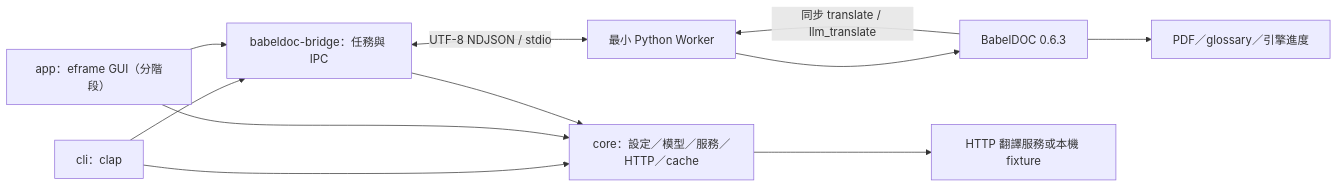
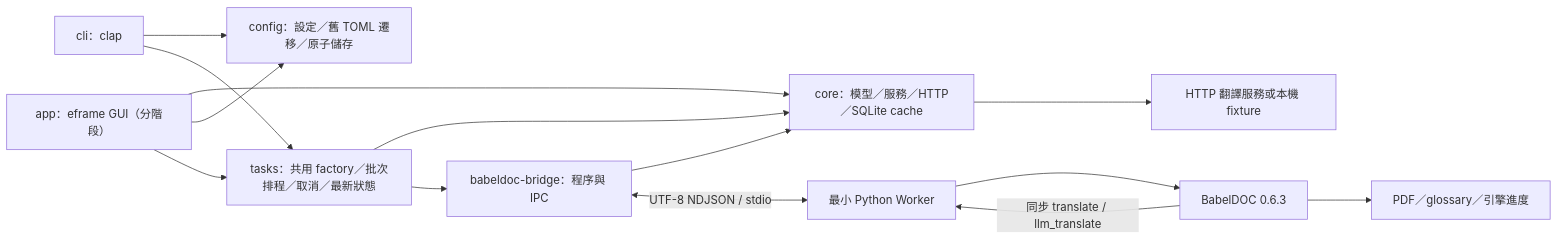
Before and after one commit to patricksu-cool/BabelOxide: the second of 2 diagrams in docs/rust-migration/ARCHITECTURE.md, drawn with Mermaid. The commit also changed other lines of this file and 37 other files, not shown here.

Commit message:
feat: add compatible Rust settings, persistent cache, batch tasks and full CLI

````diff
--- a/docs/rust-migration/ARCHITECTURE.md
+++ b/docs/rust-migration/ARCHITECTURE.md
@@ -36,13 +36,16 @@
 ```mermaid
 flowchart LR
-    CLI["cli：clap"] --> Core["core：設定／模型／服務／HTTP／cache"]
+    CLI["cli：clap"] --> Config["config：設定／舊 TOML 遷移／原子儲存"]
     App["app：eframe GUI（分階段）"] --> Core
-    CLI --> Bridge["babeldoc-bridge：任務與 IPC"]
-    App --> Bridge
+    App --> Config
+    CLI --> Tasks["tasks：共用 factory／批次排程／取消／最新狀態"]
+    App --> Tasks
+    Tasks --> Core["core：模型／服務／HTTP／SQLite cache"]
+    Tasks --> Bridge["babeldoc-bridge：程序與 IPC"]
     Bridge --> Core
     Bridge <-->|"UTF-8 NDJSON / stdio"| Worker["最小 Python Worker"]
     Worker --> Babel["BabelDOC 0.6.3"]
     Babel -->|"同步 translate / llm_translate"| Worker
     Babel --> PDF["PDF／glossary／引擎進度"]
     Core --> Provider["HTTP 翻譯服務或本機 fixture"]
 ```
````
